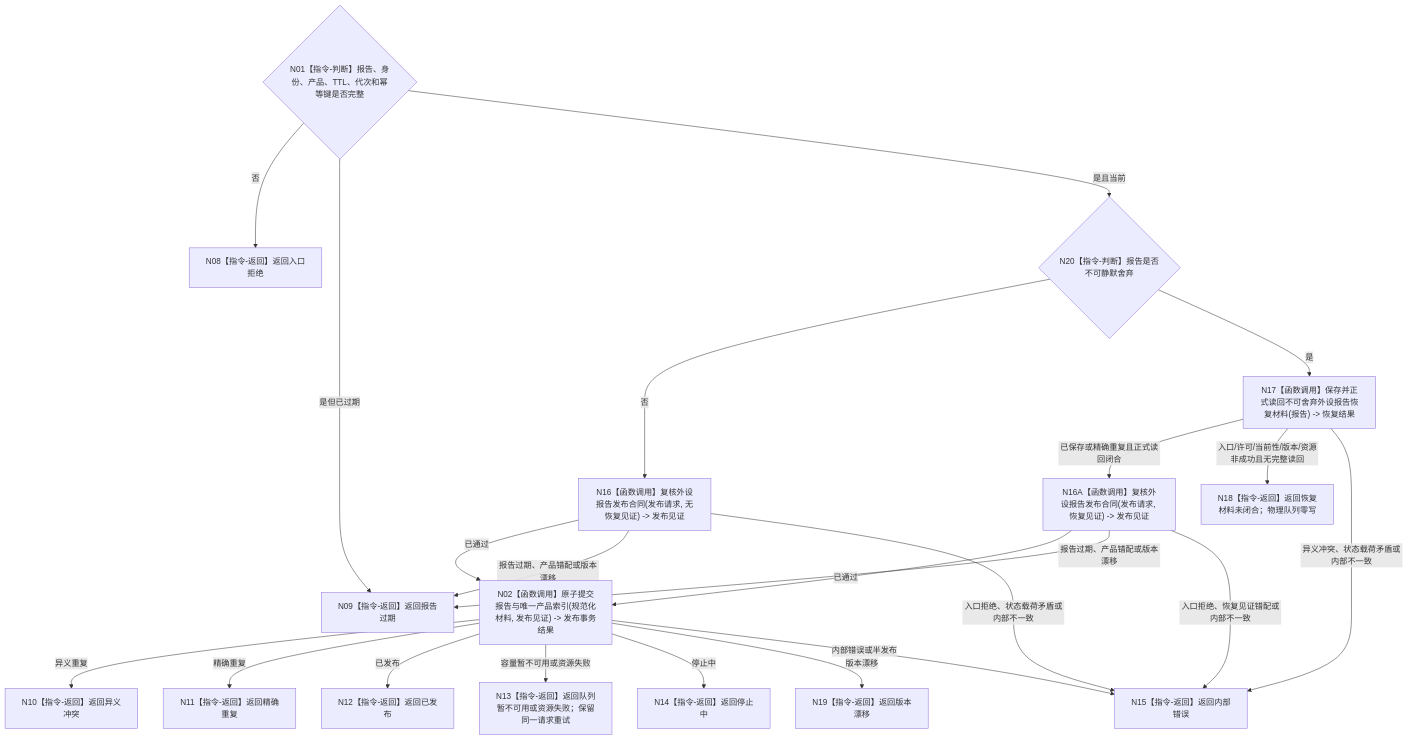
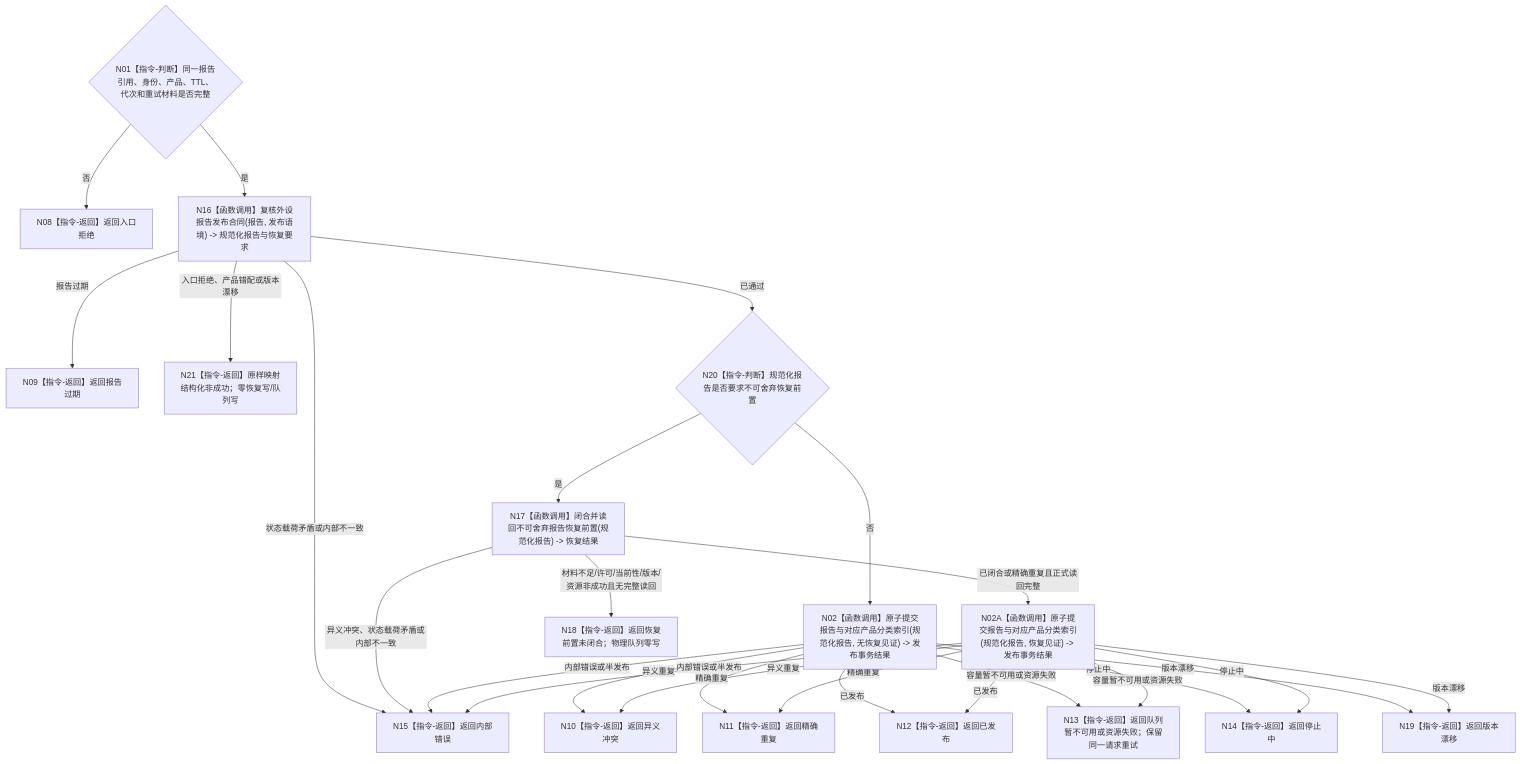
Before and after one commit to chunhaizh-cyber/HY-Ego: the diagram in 流程图/目标业务流程图/L2/BIZ-L2-006-04_发布外设材料_目标函数流程图_v0.2.md, drawn with Mermaid. The commit also changed other lines of this file and 13 other files, not shown here.

````diff
--- a/流程图/目标业务流程图/L2/BIZ-L2-006-04_发布外设材料_目标函数流程图_v0.2.md
+++ b/流程图/目标业务流程图/L2/BIZ-L2-006-04_发布外设材料_目标函数流程图_v0.2.md
@@ -29,24 +29,28 @@
 ```mermaid
 flowchart TD
-    N01{"N01【指令-判断】报告、身份、产品、TTL、代次和幂等键是否完整"} -->|否| N08["N08【指令-返回】返回入口拒绝"]
-    N01 -->|是但已过期| N09["N09【指令-返回】返回报告过期"]
-    N01 -->|是且当前| N20{"N20【指令-判断】报告是否不可静默舍弃"}
-    N20 -->|否| N16["N16【函数调用】复核外设报告发布合同(发布请求, 无恢复见证) -> 发布见证"]
-    N20 -->|是| N17["N17【函数调用】保存并正式读回不可舍弃外设报告恢复材料(报告) -> 恢复结果"]
-    N17 -->|已保存或精确重复且正式读回闭合| N16A["N16A【函数调用】复核外设报告发布合同(发布请求, 恢复见证) -> 发布见证"]
-    N17 -->|入口/许可/当前性/版本/资源非成功且无完整读回| N18["N18【指令-返回】返回恢复材料未闭合；物理队列零写"]
+    N01{"N01【指令-判断】同一报告引用、身份、产品、TTL、代次和重试材料是否完整"} -->|否| N08["N08【指令-返回】返回入口拒绝"]
+    N01 -->|是| N16["N16【函数调用】复核外设报告发布合同(报告, 发布语境) -> 规范化报告与恢复要求"]
+    N16 -->|报告过期| N09["N09【指令-返回】返回报告过期"]
+    N16 -->|入口拒绝、产品错配或版本漂移| N21["N21【指令-返回】原样映射结构化非成功；零恢复写/队列写"]
+    N16 -->|状态载荷矛盾或内部不一致| N15["N15【指令-返回】返回内部错误"]
+    N16 -->|已通过| N20{"N20【指令-判断】规范化报告是否要求不可舍弃恢复前置"}
+    N20 -->|否| N02["N02【函数调用】原子提交报告与对应产品分类索引(规范化报告, 无恢复见证) -> 发布事务结果"]
+    N20 -->|是| N17["N17【函数调用】闭合并读回不可舍弃报告恢复前置(规范化报告) -> 恢复结果"]
+    N17 -->|已闭合或精确重复且正式读回完整| N02A["N02A【函数调用】原子提交报告与对应产品分类索引(规范化报告, 恢复见证) -> 发布事务结果"]
+    N17 -->|材料不足/许可/当前性/版本/资源非成功且无完整读回| N18["N18【指令-返回】返回恢复前置未闭合；物理队列零写"]
     N17 -->|异义冲突、状态载荷矛盾或内部不一致| N15
-    N16 -->|已通过| N02["N02【函数调用】原子提交报告与唯一产品索引(规范化材料, 发布见证) -> 发布事务结果"]
-    N16A -->|已通过| N02
-    N16 -->|报告过期、产品错配或版本漂移| N09
-    N16A -->|报告过期、产品错配或版本漂移| N09
-    N16 -->|入口拒绝、状态载荷矛盾或内部不一致| N15["N15【指令-返回】返回内部错误"]
-    N16A -->|入口拒绝、恢复见证错配或内部不一致| N15
     N02 -->|异义重复| N10["N10【指令-返回】返回异义冲突"]
+    N02A -->|异义重复| N10
     N02 -->|精确重复| N11["N11【指令-返回】返回精确重复"]
+    N02A -->|精确重复| N11
     N02 -->|已发布| N12["N12【指令-返回】返回已发布"]
+    N02A -->|已发布| N12
     N02 -->|容量暂不可用或资源失败| N13["N13【指令-返回】返回队列暂不可用或资源失败；保留同一请求重试"]
+    N02A -->|容量暂不可用或资源失败| N13
     N02 -->|停止中| N14["N14【指令-返回】返回停止中"]
+    N02A -->|停止中| N14
     N02 -->|版本漂移| N19["N19【指令-返回】返回版本漂移"]
+    N02A -->|版本漂移| N19
     N02 -->|内部错误或半发布| N15
+    N02A -->|内部错误或半发布| N15
 ```
````
